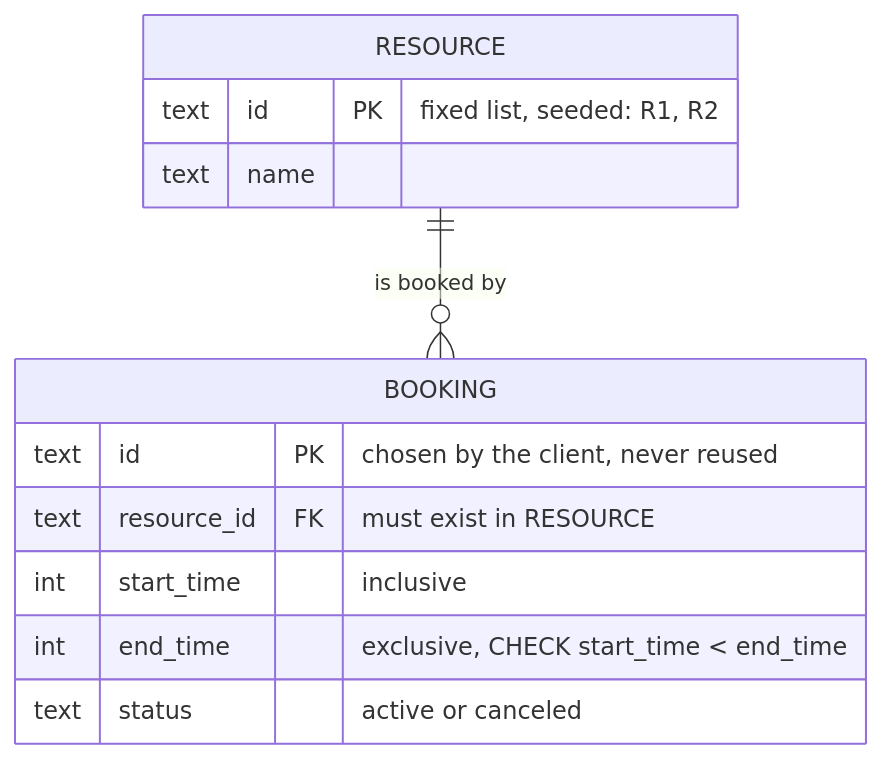
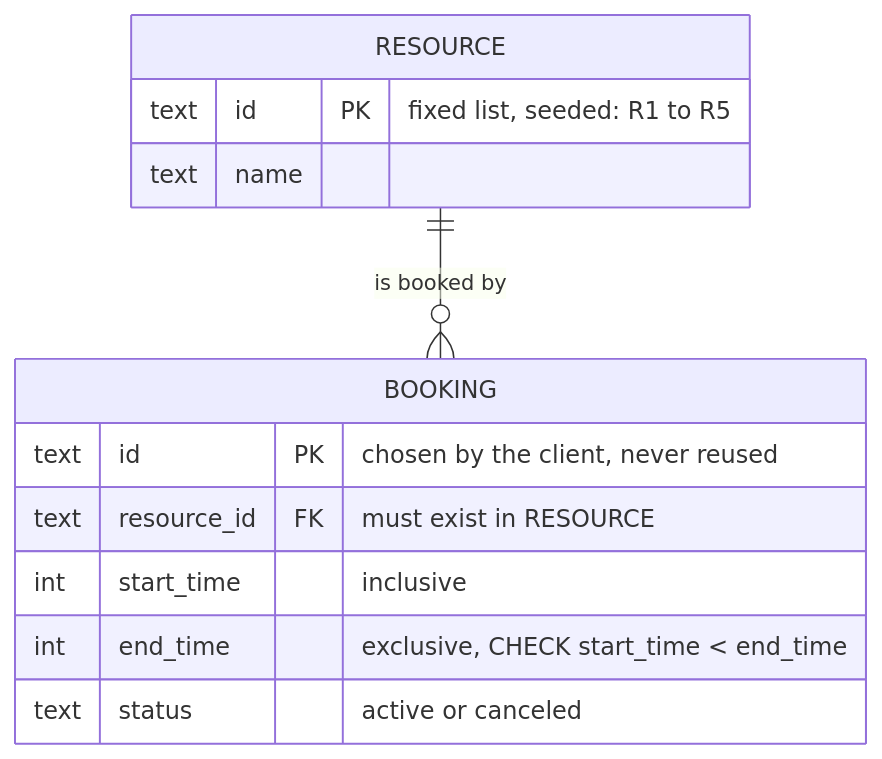
Before and after one commit to fredsvanelli/alvorada-test-02: the second of 7 diagrams in docs/diagrams/architecture.md, drawn with Mermaid. The commit also changed 2 other files, not shown here.

Commit message:
feat: add the resource and booking schema and seed R1 to R5 (SCH-4)

````diff
--- a/docs/diagrams/architecture.md
+++ b/docs/diagrams/architecture.md
@@ -38,17 +38,17 @@
 ```mermaid
 erDiagram
   RESOURCE ||--o{ BOOKING : "is booked by"
 
   RESOURCE {
-    text id PK "fixed list, seeded: R1, R2"
+    text id PK "fixed list, seeded: R1 to R5"
     text name
   }
 
   BOOKING {
     text id PK "chosen by the client, never reused"
     text resource_id FK "must exist in RESOURCE"
     int start_time "inclusive"
     int end_time "exclusive, CHECK start_time < end_time"
     text status "active or canceled"
   }
 ```
````
